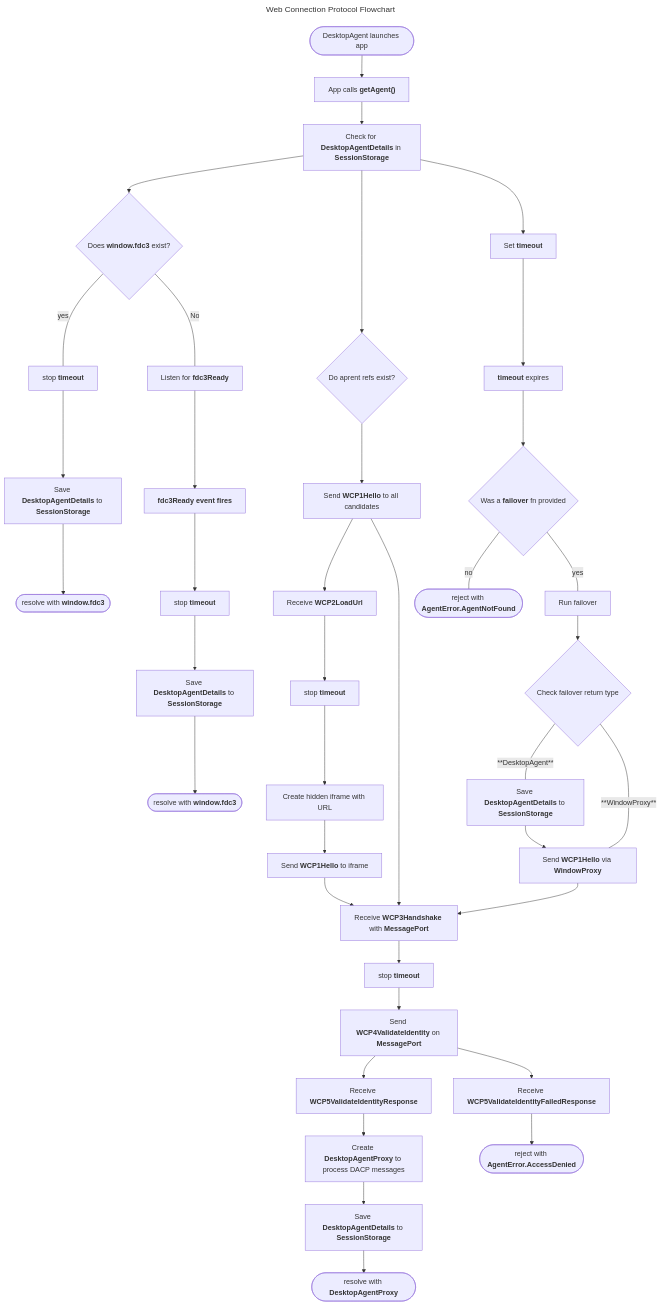
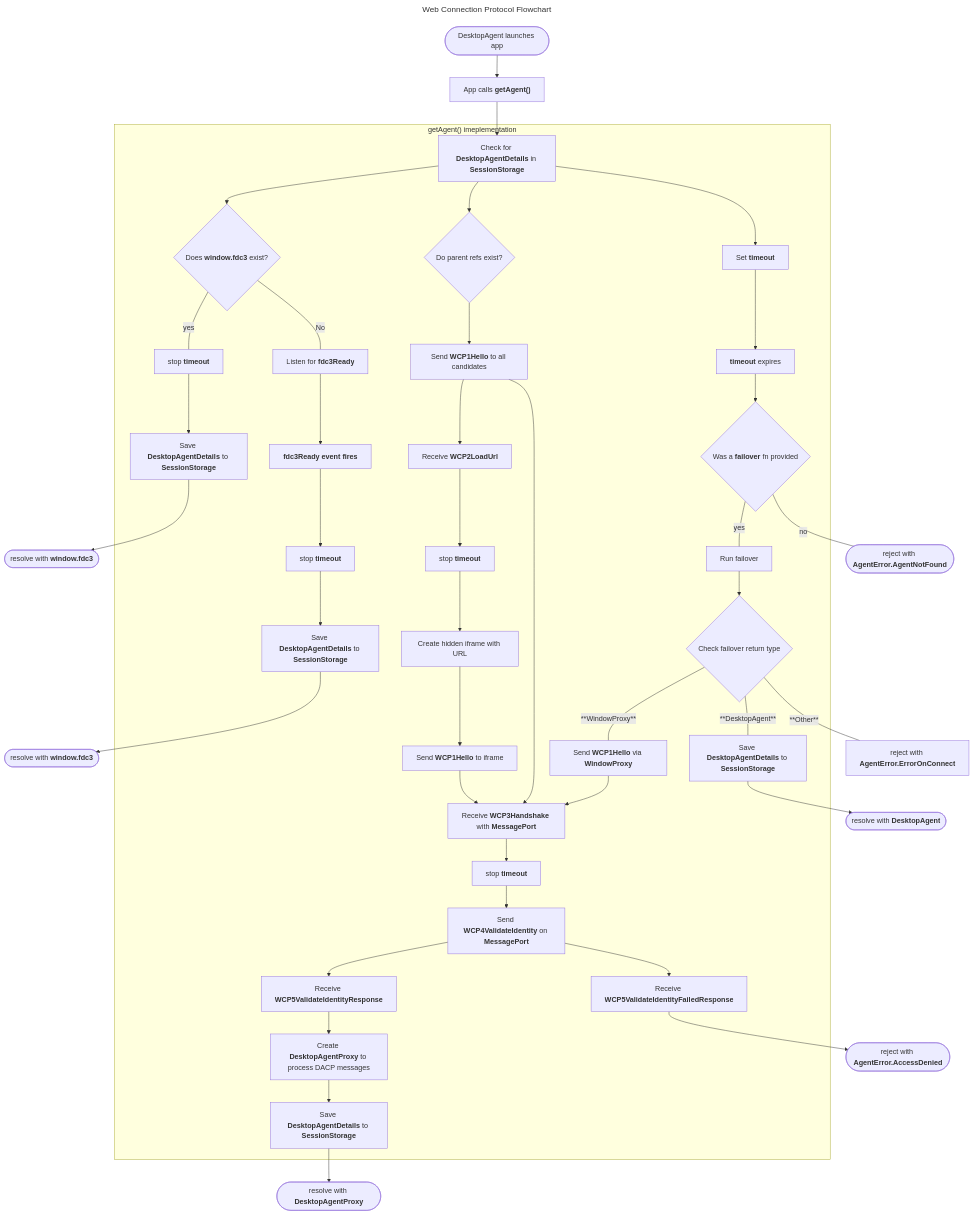
Before and after one commit to finos/FDC3: the first of 2 diagrams in docs/api/specs/webConnectionProtocol.md, drawn with Mermaid.

Commit message:
Improvements to WCP protocol diagram

````diff
--- a/docs/api/specs/webConnectionProtocol.md
+++ b/docs/api/specs/webConnectionProtocol.md
@@ -245,45 +245,49 @@
 ```mermaid
 ---
 title: "Web Connection Protocol Flowchart" 
 ---
 flowchart TD
     A1([DesktopAgent launches app]) --> A2["`App calls **getAgent()**`"]
     A2 --> A3["`Check for **DesktopAgentDetails** in **SessionStorage**`"]
-    A3 --> P1{"`Does **window.fdc3** exist?`"}
-    P1 ---|yes|P2["`stop **timeout**`"]
-    P2 --> P21["`Save **DesktopAgentDetails** to **SessionStorage**`"]
+
+    subgraph "getAgent() imeplementation"
+      A3 --> P1{"`Does **window.fdc3** exist?`"}
+      P1 ---|yes|P2["`stop **timeout**`"]
+      P2 --> P21["`Save **DesktopAgentDetails** to **SessionStorage**`"]
+      P1 ---|No|P3["`Listen for **fdc3Ready**`"]
+      P3 --> P31["`**fdc3Ready event fires**`"]
+      P31 --> P32["`stop **timeout**`"]
+      P32 --> P33["`Save **DesktopAgentDetails** to **SessionStorage**`"]
+      
+      A3 --> B1{"`Do parent refs exist?`"}
+      B1 --> B11["`Send **WCP1Hello** to all candidates`"]
+      B11 --> B2["`Receive **WCP2LoadUrl**`"]
+      B2 --> B21["`stop **timeout**`"]
+      B21 --> B22["`Create hidden iframe with URL`"]
+      B22 --> B23["`Send **WCP1Hello** to iframe`"]
+      B23 --> B3["`Receive **WCP3Handshake** with **MessagePort**`"]
+      B3 --> B31["`stop **timeout**`"]
+      B11 --> B3
+      B31 --> B32["`Send **WCP4ValidateIdentity** on **MessagePort**`"]
+      B32 --> B321["`Receive **WCP5ValidateIdentityResponse**`"]
+      B321 --> B3211["`Create **DesktopAgentProxy** to process DACP messages`"]
+      B3211 --> B3212["`Save **DesktopAgentDetails** to **SessionStorage**`"]
+      B32 --> B322["`Receive **WCP5ValidateIdentityFailedResponse**`"]
+      
+      A3 --> T1["`Set **timeout**`"]
+      T1 --> T2["`**timeout** expires`"]
+      T2 --> T3{"`Was a **failover** fn provided`"}
+      T3 ---|yes|T31["`Run failover`"]
+      T31 --> T311{"`Check failover return type`"}
+      T311 ---|**WindowProxy**|T3111["`Send **WCP1Hello** via **WindowProxy**`"]
+      T311 ---|**DesktopAgent**|T3112["`Save **DesktopAgentDetails** to **SessionStorage**`"]
+      T3111 --> B3
+    end
     P21 -->P22(["`resolve with **window.fdc3**`"])
-    P1 ---|No|P3["`Listen for **fdc3Ready**`"]
-    P3 --> P31["`**fdc3Ready event fires**`"]
-    P31 --> P32["`stop **timeout**`"]
-    P32 --> P33["`Save **DesktopAgentDetails** to **SessionStorage**`"]
     P33 -->P34(["`resolve with **window.fdc3**`"])
-    
-    A3 --> B1{"`Do aprent refs exist?`"}
-    B1 --> B11["`Send **WCP1Hello** to all candidates`"]
-    B11 --> B2["`Receive **WCP2LoadUrl**`"]
-    B2 --> B21["`stop **timeout**`"]
-    B21 --> B22["`Create hidden iframe with URL`"]
-    B22 --> B23["`Send **WCP1Hello** to iframe`"]
-    B23 --> B3["`Receive **WCP3Handshake** with **MessagePort**`"]
-    B3 --> B31["`stop **timeout**`"]
-    B11 --> B3
-    B31 --> B32["`Send **WCP4ValidateIdentity** on **MessagePort**`"]
-    B32 --> B321["`Receive **WCP5ValidateIdentityResponse**`"]
-    B321 --> B3211["`Create **DesktopAgentProxy** to process DACP messages`"]
-    B3211 --> B3212["`Save **DesktopAgentDetails** to **SessionStorage**`"]
     B3212 --> B3213(["`resolve with **DesktopAgentProxy**`"])
-    B32 --> B322["`Receive **WCP5ValidateIdentityFailedResponse**`"]
     B322 --> B3221(["`reject with **AgentError.AccessDenied**`"])
-    
-    A3 --> T1["`Set **timeout**`"]
-    T1 --> T2["`**timeout** expires`"]
-    T2 --> T3{"`Was a **failover** fn provided`"}
-    T3 ---|yes|T31["`Run failover`"]
-    T31 --> T311{"`Check failover return type`"}
-    T311 ---|**DesktopAgent**|T3111["`Save **DesktopAgentDetails** to **SessionStorage**`"]
-    T3111 --> T3112(["`resolve with **DesktopAgent**`"])
-    T311 ---|**WindowProxy**|T3112["`Send **WCP1Hello** via **WindowProxy**`"]
-    T3112 --> B3
+    T3112 --> T31121(["`resolve with **DesktopAgent**`"])
     T3 ---|no|T32(["`reject with **AgentError.AgentNotFound**`"])
+    T311 ---|**Other**|T3113["`reject with **AgentError.ErrorOnConnect**`"]
 ```
````
